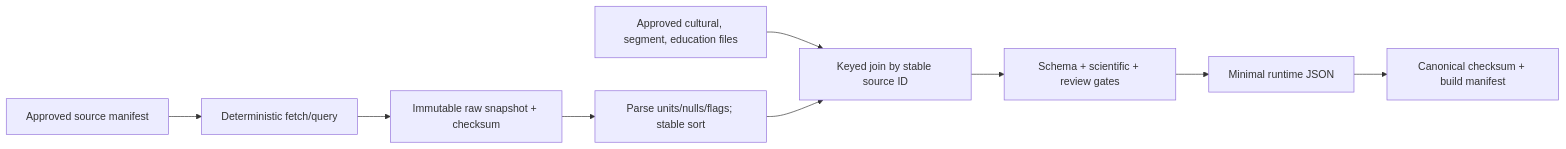
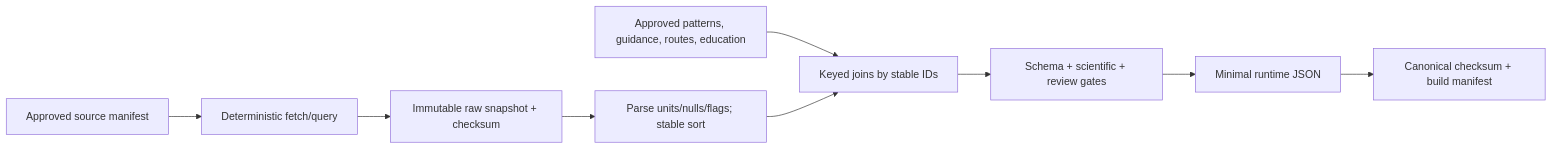
The diagram in docs/DATA_STRATEGY.md (Banaf3/UFUQ), drawn with Mermaid before and after one commit. The commit also changed other lines of this file and 25 other files, not shown here.

Commit message:
docs: establish UFUQ implementation architecture

````diff
--- a/docs/DATA_STRATEGY.md
+++ b/docs/DATA_STRATEGY.md
@@ -35,11 +63,11 @@
 ```mermaid
 flowchart LR
   M[Approved source manifest] --> FETCH[Deterministic fetch/query]
   FETCH --> RAW[Immutable raw snapshot + checksum]
   RAW --> NORMAL[Parse units/nulls/flags; stable sort]
-  CURATE[Approved cultural, segment, education files] --> JOIN[Keyed join by stable source ID]
+  CURATE[Approved patterns, guidance, routes, education] --> JOIN[Keyed joins by stable IDs]
   NORMAL --> JOIN
   JOIN --> VALIDATE[Schema + scientific + review gates]
   VALIDATE --> JSON[Minimal runtime JSON]
   JSON --> CHECK[Canonical checksum + build manifest]
 ```
````
